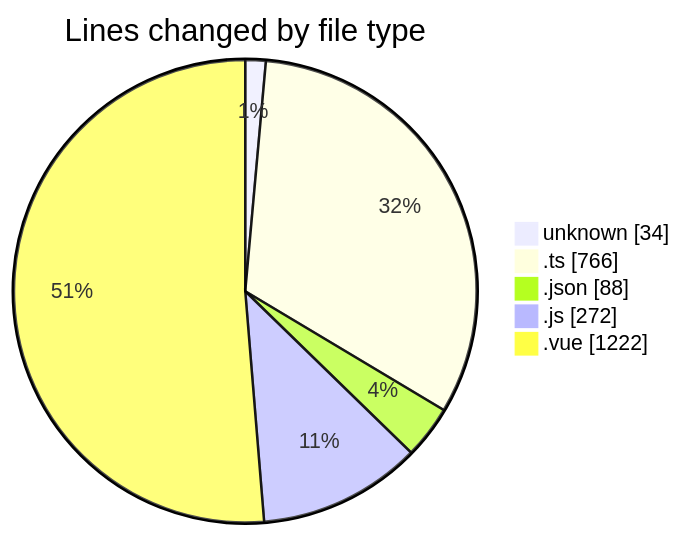
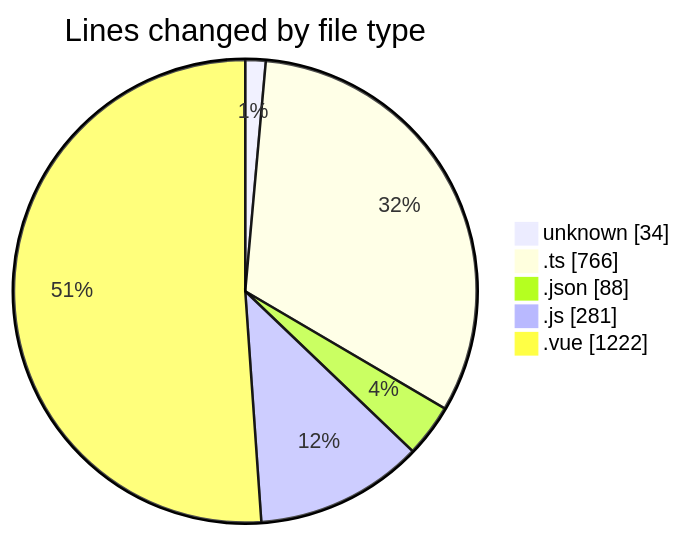
The first of 2 diagrams in 2025-07-13/rentotp/README.md (lephambinh05/code-tracking), drawn with Mermaid before and after one commit. The commit also changed other lines of this file and 1 other file, not shown here.

````diff
--- a/2025-07-13/rentotp/README.md
+++ b/2025-07-13/rentotp/README.md
@@ -46,9 +46,9 @@
 ```mermaid
 pie showData
 title Lines changed by file type
 "unknown" : 34
 ".ts" : 766
 ".json" : 88
-".js" : 272
+".js" : 281
 ".vue" : 1222
 ```
````
